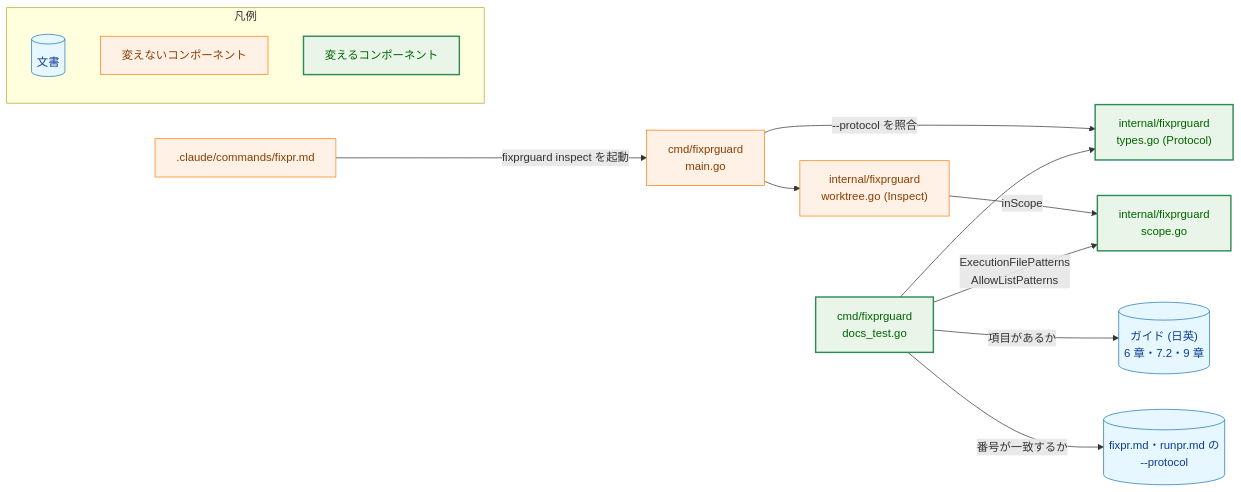
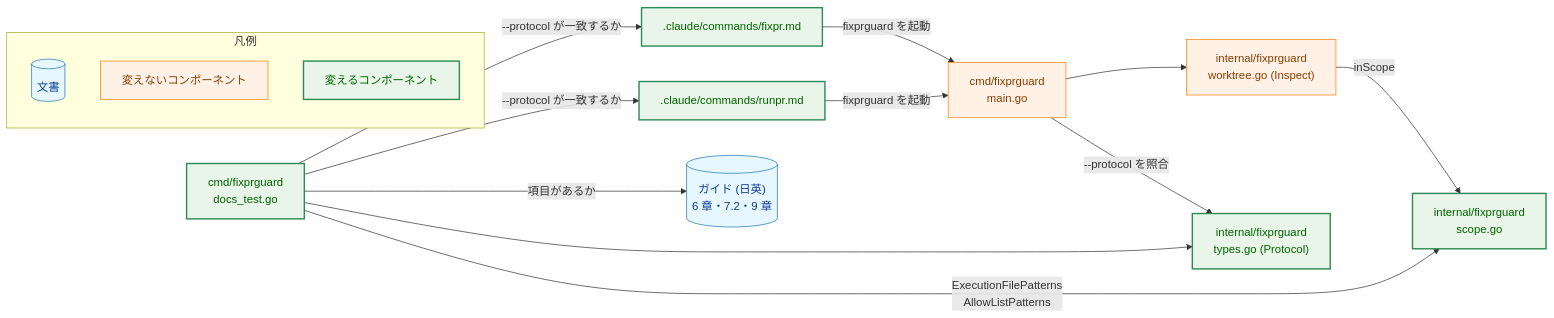
The second of 5 diagrams in docs/tasks/0036_fixprguard_exec_file_scope/02_architecture.md (isseis/yt2column), drawn with Mermaid before and after one commit. The commit also changed other lines of this file, not shown here.

First line of the commit message:
docs(0036): address the architecture review and Japanese prose findings

````diff
--- a/docs/tasks/0036_fixprguard_exec_file_scope/02_architecture.md
+++ b/docs/tasks/0036_fixprguard_exec_file_scope/02_architecture.md
@@ -125,37 +124,39 @@
 ```mermaid
 flowchart LR
     classDef data fill:#e6f7ff,stroke:#1f77b4,stroke-width:1px,color:#0b3d91;
     classDef process fill:#fff1e6,stroke:#ff7f0e,stroke-width:1px,color:#8a3e00;
     classDef enhanced fill:#e8f5e8,stroke:#2e8b57,stroke-width:2px,color:#006400;
 
     FIXPR[".claude/commands/fixpr.md"]
+    RUNPR[".claude/commands/runpr.md"]
     MAIN["cmd/fixprguard<br>main.go"]
     WT["internal/fixprguard<br>worktree.go (Inspect)"]
     SCOPE["internal/fixprguard<br>scope.go"]
     TYPES["internal/fixprguard<br>types.go (Protocol)"]
     GUARD["cmd/fixprguard<br>docs_test.go"]
     GUIDE[("ガイド (日英)<br>6 章・7.2・9 章")]
-    CMDS[("fixpr.md・runpr.md の<br>--protocol")]
 
-    FIXPR -->|"fixprguard inspect を起動"| MAIN
+    FIXPR -->|"fixprguard を起動"| MAIN
+    RUNPR -->|"fixprguard を起動"| MAIN
     MAIN -->|"--protocol を照合"| TYPES
     MAIN --> WT
     WT -->|"inScope"| SCOPE
     GUARD -->|"ExecutionFilePatterns<br>AllowListPatterns"| SCOPE
     GUARD -->|"項目があるか"| GUIDE
-    GUARD -->|"番号が一致するか"| CMDS
+    GUARD -->|"--protocol が一致するか"| FIXPR
+    GUARD -->|"--protocol が一致するか"| RUNPR
     GUARD --> TYPES
 
-    class FIXPR,MAIN,WT process
-    class SCOPE,TYPES,GUARD enhanced
-    class GUIDE,CMDS data
+    class MAIN,WT process
+    class FIXPR,RUNPR,SCOPE,TYPES,GUARD enhanced
+    class GUIDE data
 
     subgraph Legend["凡例"]
         LG1[("文書")]
         LG2["変えないコンポーネント"]
         LG3["変えるコンポーネント"]
     end
     class LG1 data
     class LG2 process
     class LG3 enhanced
 ```
````
